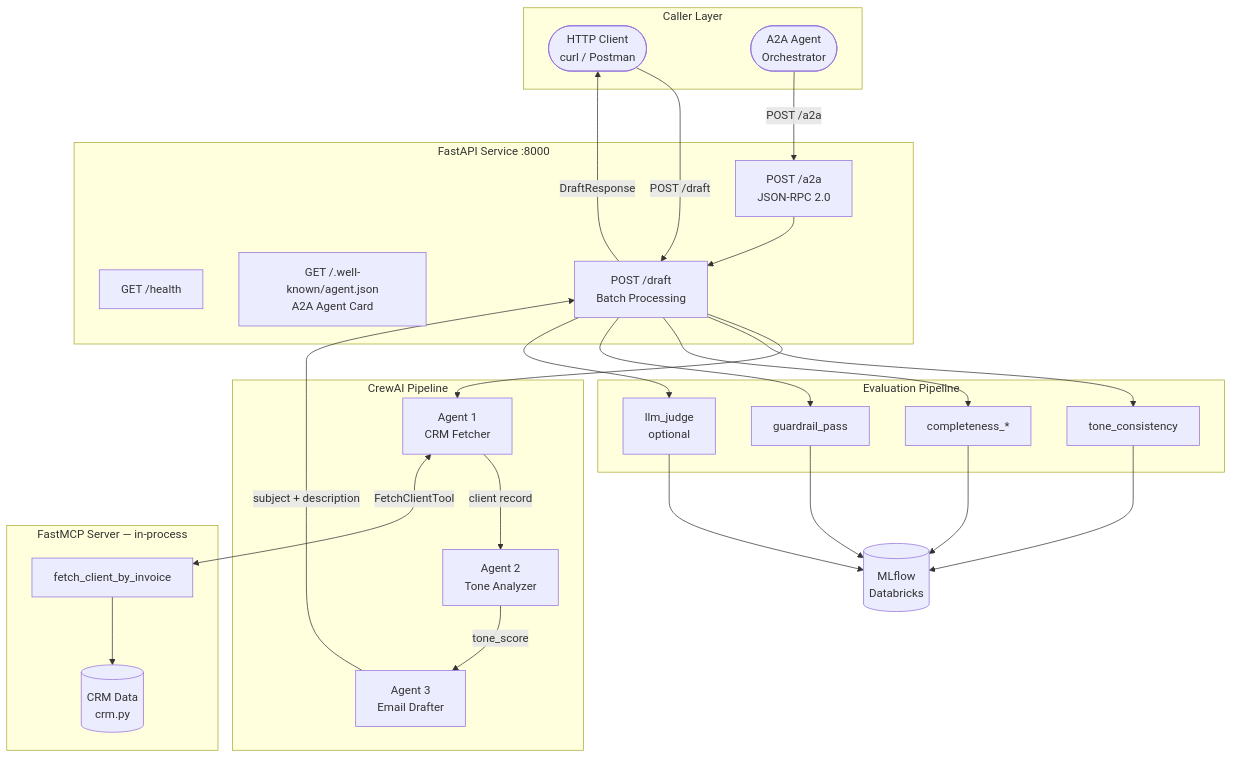
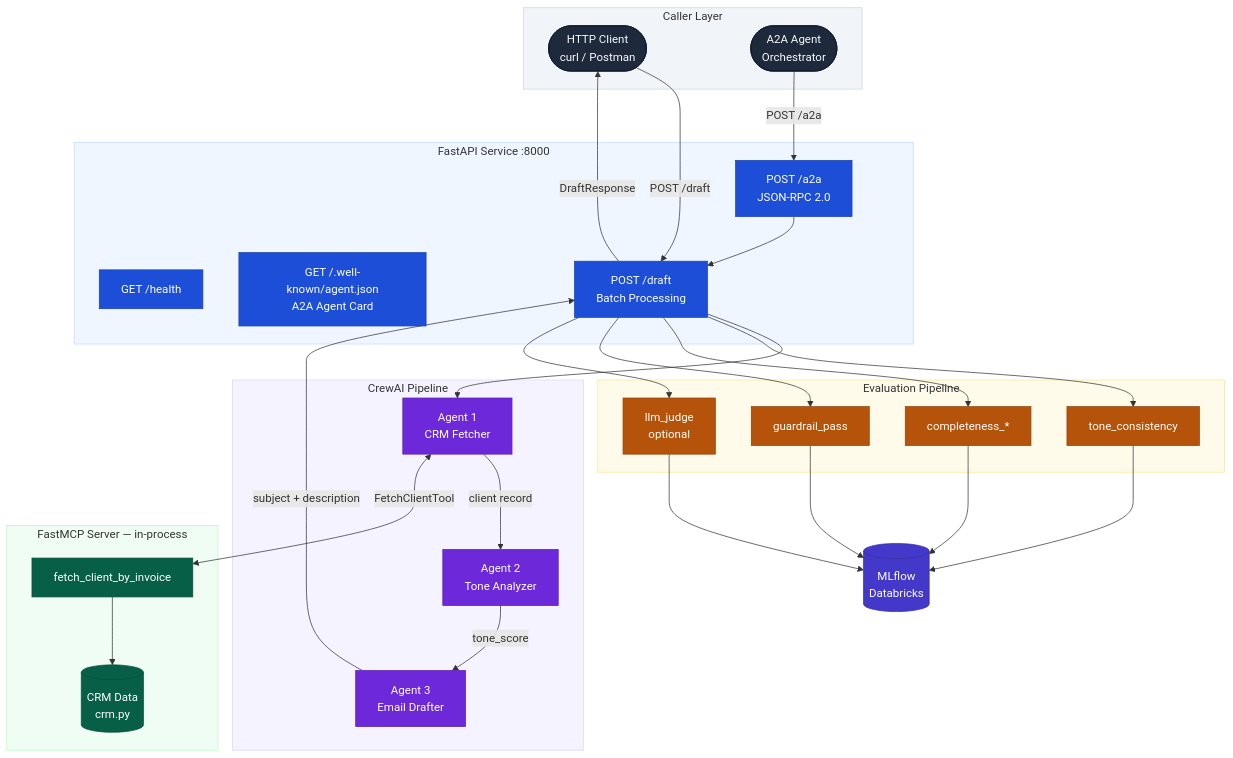
One commit to Avii3301/cashCollection-A2A changed the first of 9 diagrams in DESIGN.md. Above: the diagram before and after it, drawn with Mermaid. The commit also changed other lines of this file, not shown here.

Commit message:
Fix Mermaid parse errors and add professional color scheme to all diagrams

````diff
--- a/DESIGN.md
+++ b/DESIGN.md
@@ -39,47 +39,60 @@
 ```mermaid
 flowchart TD
-    subgraph callers [Caller Layer]
-        H([HTTP Client\ncurl / Postman])
-        A([A2A Agent\nOrchestrator])
+    classDef caller  fill:#1e293b,stroke:#0f172a,color:#f8fafc
+    classDef api     fill:#1d4ed8,stroke:#1e40af,color:#fff
+    classDef agent   fill:#6d28d9,stroke:#5b21b6,color:#fff
+    classDef mcp     fill:#065f46,stroke:#064e3b,color:#fff
+    classDef eval    fill:#b45309,stroke:#92400e,color:#fff
+    classDef mlflow  fill:#4338ca,stroke:#3730a3,color:#fff
+
+    subgraph callers ["  Caller Layer  "]
+        H(["HTTP Client\ncurl / Postman"]):::caller
+        A(["A2A Agent\nOrchestrator"]):::caller
     end
 
-    subgraph api [FastAPI Service :8000]
-        EP1[GET /health]
-        EP2[GET /.well-known/agent.json\nA2A Agent Card]
-        EP3[POST /a2a\nJSON-RPC 2.0]
-        EP4[POST /draft\nBatch Processing]
+    subgraph api_sg ["  FastAPI Service :8000  "]
+        EP1["GET /health"]:::api
+        EP2["GET /.well-known/agent.json\nA2A Agent Card"]:::api
+        EP3["POST /a2a\nJSON-RPC 2.0"]:::api
+        EP4["POST /draft\nBatch Processing"]:::api
     end
 
-    subgraph crew [CrewAI Pipeline]
-        AG1[Agent 1\nCRM Fetcher]
-        AG2[Agent 2\nTone Analyzer]
-        AG3[Agent 3\nEmail Drafter]
+    subgraph crew_sg ["  CrewAI Pipeline  "]
+        AG1["Agent 1\nCRM Fetcher"]:::agent
+        AG2["Agent 2\nTone Analyzer"]:::agent
+        AG3["Agent 3\nEmail Drafter"]:::agent
         AG1 -->|client record| AG2
         AG2 -->|tone_score| AG3
     end
 
-    subgraph mcp [FastMCP Server — in-process]
-        TOOL[fetch_client_by_invoice]
-        CRM[(CRM Data\ncrm.py)]
+    subgraph mcp_sg ["  FastMCP Server — in-process  "]
+        TOOL["fetch_client_by_invoice"]:::mcp
+        CRM[("CRM Data\ncrm.py")]:::mcp
         TOOL --> CRM
     end
 
-    subgraph eval [Evaluation Pipeline]
-        S1[tone_consistency]
-        S2[completeness_*]
-        S3[guardrail_pass]
-        S4[llm_judge\noptional]
+    subgraph eval_sg ["  Evaluation Pipeline  "]
+        S1["tone_consistency"]:::eval
+        S2["completeness_*"]:::eval
+        S3["guardrail_pass"]:::eval
+        S4["llm_judge\noptional"]:::eval
     end
 
-    MLf[(MLflow\nDatabricks)]
+    MLf[("MLflow\nDatabricks")]:::mlflow
 
-    H -->|POST /draft| EP4
-    A -->|POST /a2a| EP3
+    H -->|"POST /draft"| EP4
+    A -->|"POST /a2a"| EP3
     EP3 --> EP4
     EP4 --> AG1
     AG1 <-->|FetchClientTool| TOOL
-    AG3 -->|subject + description| EP4
+    AG3 -->|"subject + description"| EP4
     EP4 --> S1 & S2 & S3 & S4
     S1 & S2 & S3 & S4 --> MLf
     EP4 -->|DraftResponse| H
+
+    style callers fill:#f1f5f9,stroke:#cbd5e1
+    style api_sg  fill:#eff6ff,stroke:#bfdbfe
+    style crew_sg fill:#f5f3ff,stroke:#ddd6fe
+    style mcp_sg  fill:#f0fdf4,stroke:#bbf7d0
+    style eval_sg fill:#fffbeb,stroke:#fde68a
 ```
````
